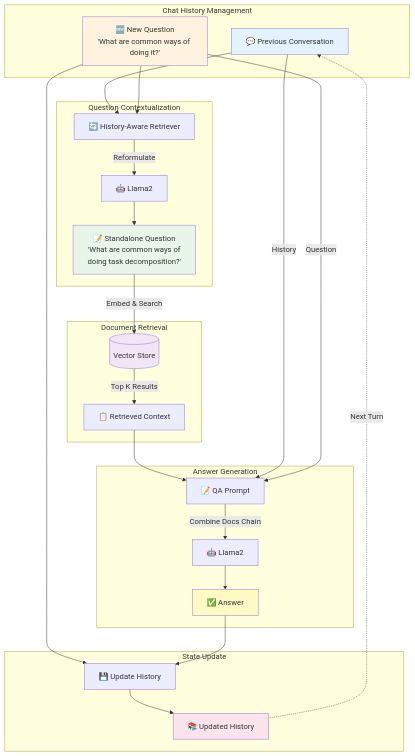
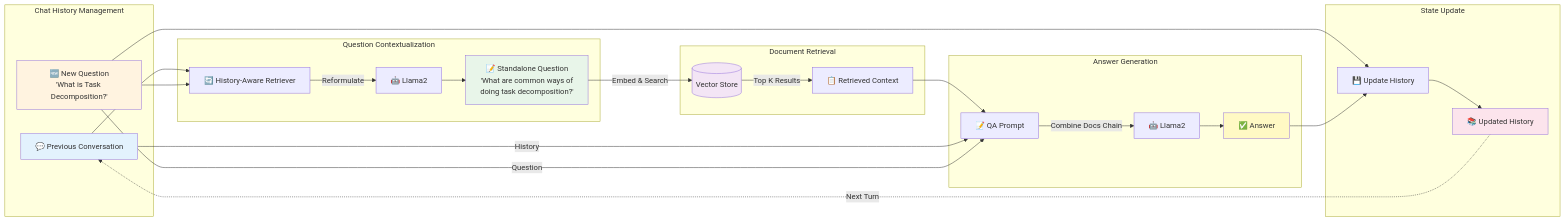
Before and after one commit to roypr-ma/rag-demo: the second of 2 diagrams in README.md, drawn with Mermaid. The commit also changed other lines of this file, not shown here.

````diff
--- a/README.md
+++ b/README.md
@@ -192,42 +190,42 @@
 ```mermaid
-graph TB
+graph LR
     subgraph "Chat History Management"
         A[💬 Previous Conversation] 
-        B[🆕 New Question<br/>'What are common ways of doing it?']
+        B[🆕 New Question<br/>'What is Task Decomposition?']
     end
     
     subgraph "Question Contextualization"
         A --> C[🔄 History-Aware Retriever]
         B --> C
         C -->|Reformulate| D[🤖 Llama2]
         D --> E[📝 Standalone Question<br/>'What are common ways of<br/>doing task decomposition?']
     end
     
     subgraph "Document Retrieval"
         E -->|Embed & Search| F[(Vector Store)]
         F -->|Top K Results| G[📋 Retrieved Context]
     end
     
     subgraph "Answer Generation"
         G --> H[📝 QA Prompt]
         A -->|History| H
         B -->|Question| H
         H -->|Combine Docs Chain| I[🤖 Llama2]
         I --> J[✅ Answer]
     end
     
     subgraph "State Update"
         B --> K[💾 Update History]
         J --> K
         K --> L[📚 Updated History]
     end
     
     L -.->|Next Turn| A
     
     style A fill:#e3f2fd
     style B fill:#fff3e0
     style E fill:#e8f5e9
     style F fill:#f3e5f5
     style J fill:#fff9c4
     style L fill:#fce4ec
 ```
````
